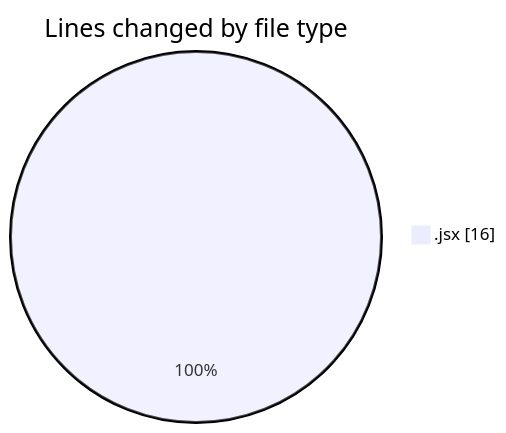
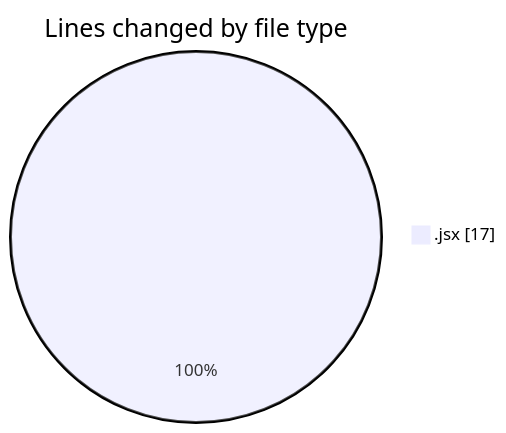
Before and after one commit to nxtqubesakshisongat/code-tracking: the first of 2 diagrams in 2025-10-09/nxtqube_webapp/README.md, drawn with Mermaid. The commit also changed other lines of this file and 1 other file, not shown here.

````diff
--- a/2025-10-09/nxtqube_webapp/README.md
+++ b/2025-10-09/nxtqube_webapp/README.md
@@ -20,5 +20,5 @@
 ```mermaid
 pie showData
 title Lines changed by file type
-".jsx" : 16
+".jsx" : 17
 ```
````
